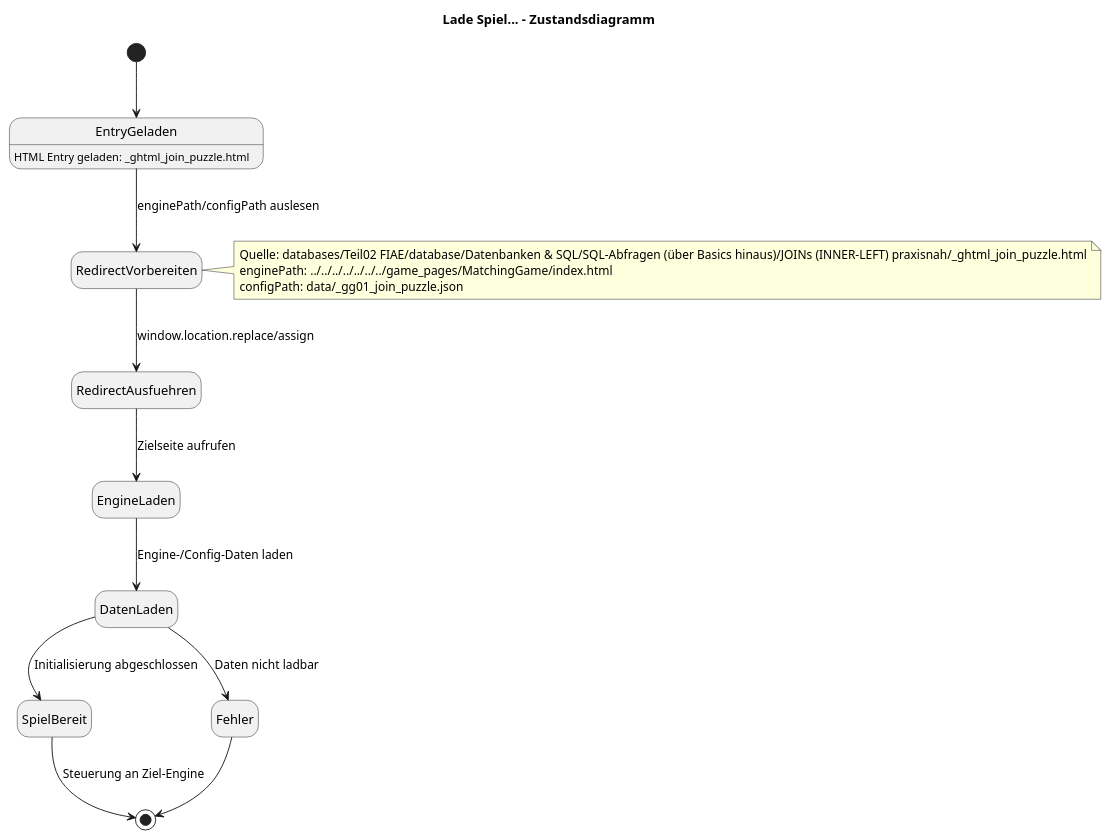
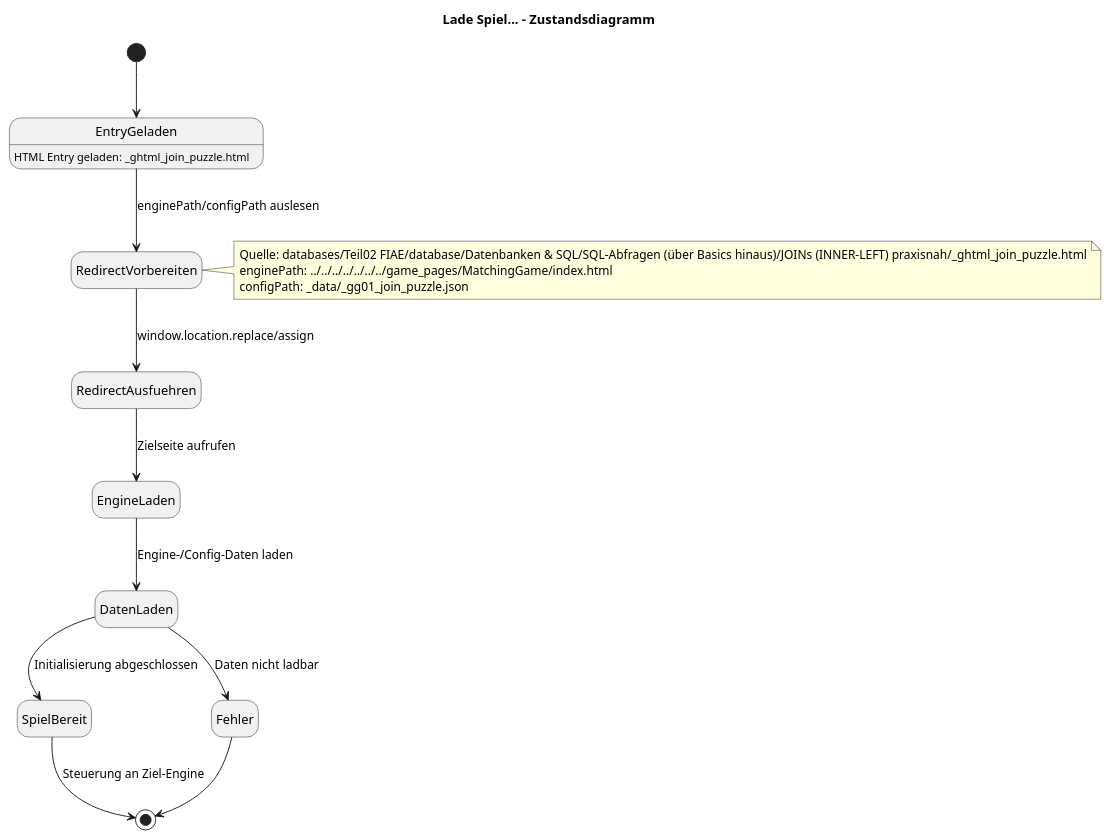
Before and after one commit to Thor-the-Dwarf/easyPV: the diagram in databases/Teil02 FIAE/database/Datenbanken & SQL/SQL-Abfragen (über Basics hinaus)/JOINs (INNER-LEFT) praxisnah/__dokumentation/__02_plans/__state_diagram.puml, drawn with PlantUML. The commit also changed 1258 other files, not shown here.

```diff
--- a/databases/Teil02 FIAE/database/Datenbanken & SQL/SQL-Abfragen (über Basics hinaus)/JOINs (INNER-LEFT) praxisnah/__dokumentation/__02_plans/__state_diagram.puml
+++ b/databases/Teil02 FIAE/database/Datenbanken & SQL/SQL-Abfragen (über Basics hinaus)/JOINs (INNER-LEFT) praxisnah/__dokumentation/__02_plans/__state_diagram.puml
@@ -1,21 +1,21 @@
 @startuml
 title Lade Spiel... - Zustandsdiagramm
 hide empty description
 
 [*] --> EntryGeladen
 state EntryGeladen : HTML Entry geladen: _ghtml_join_puzzle.html
 EntryGeladen --> RedirectVorbereiten : enginePath/configPath auslesen
 RedirectVorbereiten --> RedirectAusfuehren : window.location.replace/assign
 RedirectAusfuehren --> EngineLaden : Zielseite aufrufen
 EngineLaden --> DatenLaden : Engine-/Config-Daten laden
 DatenLaden --> SpielBereit : Initialisierung abgeschlossen
 DatenLaden --> Fehler : Daten nicht ladbar
 SpielBereit --> [*] : Steuerung an Ziel-Engine
 Fehler --> [*]
 
 note right of RedirectVorbereiten
 Quelle: databases/Teil02 FIAE/database/Datenbanken & SQL/SQL-Abfragen (über Basics hinaus)/JOINs (INNER-LEFT) praxisnah/_ghtml_join_puzzle.html
 enginePath: ../../../../../../../game_pages/MatchingGame/index.html
-configPath: data/_gg01_join_puzzle.json
+configPath: _data/_gg01_join_puzzle.json
 end note
 @enduml
```
